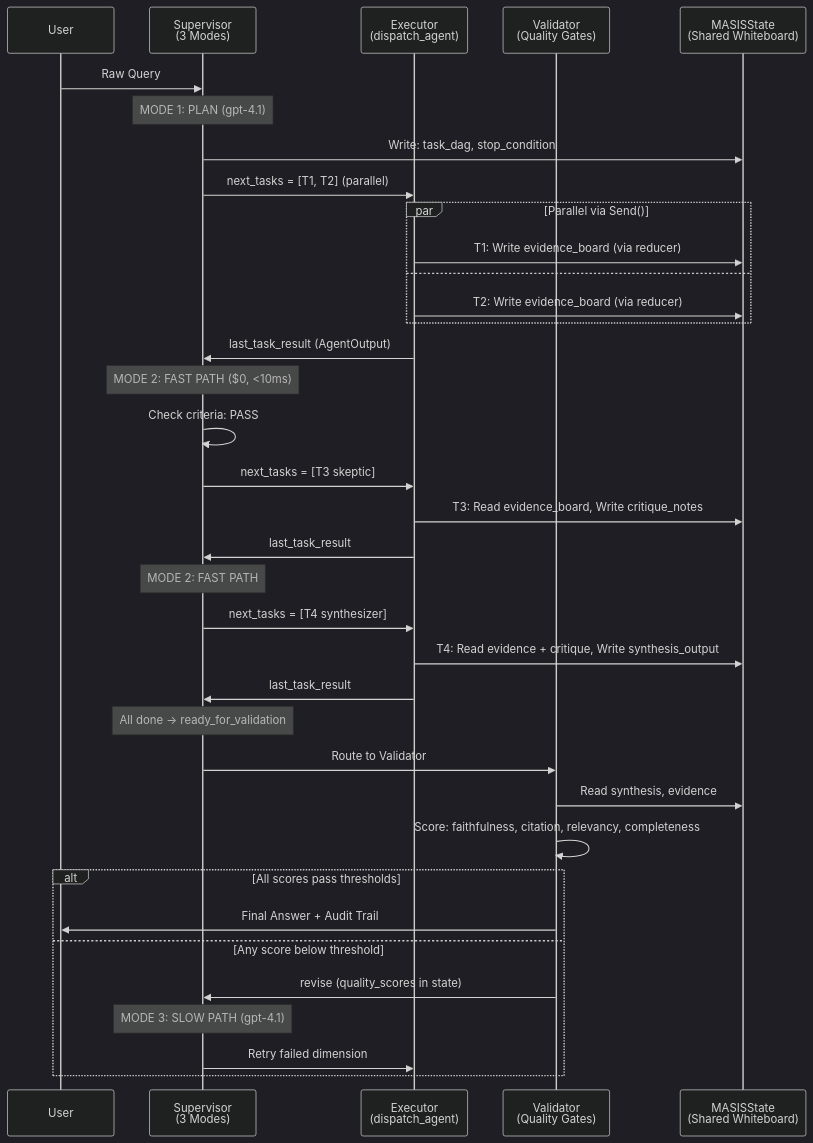
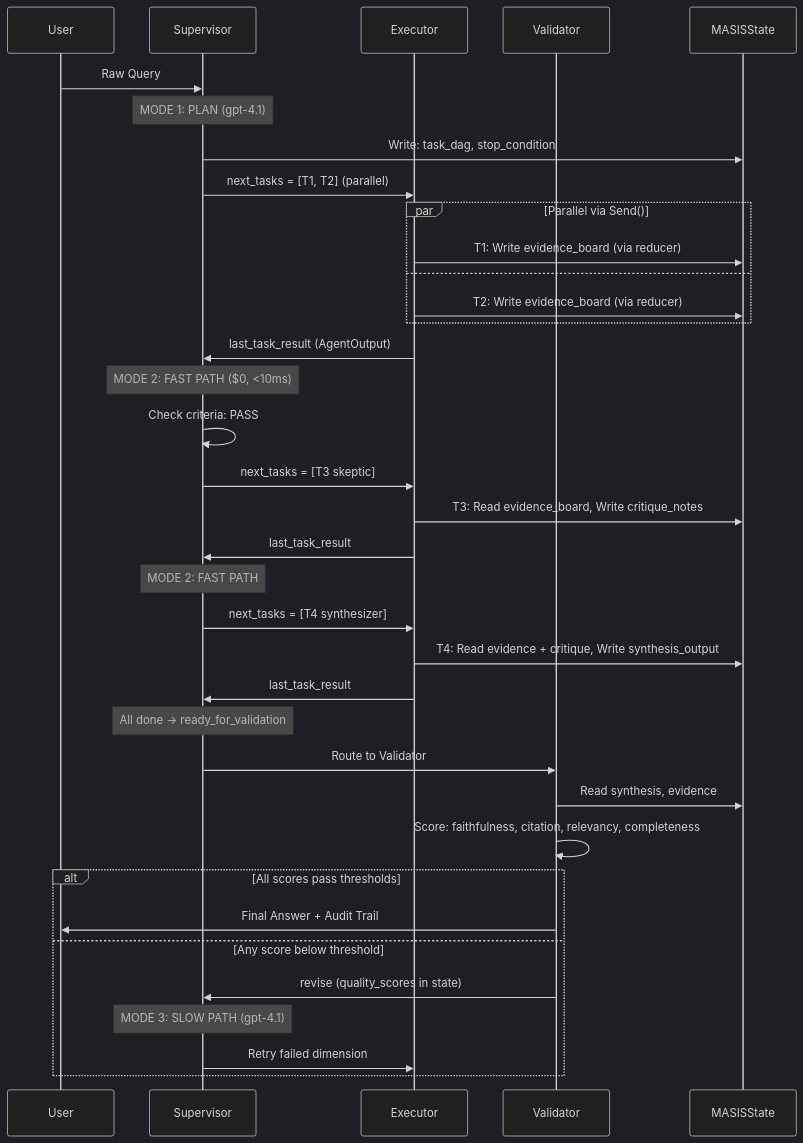
Before and after one commit to SalilBhatnagarDE/masis: the first of 2 diagrams in docs_md/02_LLD.md, drawn with Mermaid (dark theme). The commit also changed other lines of this file and 161 other files, not shown here.

````diff
--- a/docs_md/02_LLD.md
+++ b/docs_md/02_LLD.md
@@ -87,47 +82,47 @@
 ```mermaid
 sequenceDiagram
     participant U as User
-    participant SUP as Supervisor<br/>(3 Modes)
-    participant EXE as Executor<br/>(dispatch_agent)
-    participant VAL as Validator<br/>(Quality Gates)
-    participant STATE as MASISState<br/>(Shared Whiteboard)
+    participant SUP as Supervisor
+    participant EXE as Executor
+    participant VAL as Validator
+    participant STATE as MASISState
 
     U->>SUP: Raw Query
     Note over SUP: MODE 1: PLAN (gpt-4.1)
     SUP->>STATE: Write: task_dag, stop_condition
     SUP->>EXE: next_tasks = [T1, T2] (parallel)
 
     par Parallel via Send()
         EXE->>STATE: T1: Write evidence_board (via reducer)
     and
         EXE->>STATE: T2: Write evidence_board (via reducer)
     end
 
     EXE->>SUP: last_task_result (AgentOutput)
     Note over SUP: MODE 2: FAST PATH ($0, <10ms)
     SUP->>SUP: Check criteria: PASS
     SUP->>EXE: next_tasks = [T3 skeptic]
 
     EXE->>STATE: T3: Read evidence_board, Write critique_notes
     EXE->>SUP: last_task_result
 
     Note over SUP: MODE 2: FAST PATH
     SUP->>EXE: next_tasks = [T4 synthesizer]
 
     EXE->>STATE: T4: Read evidence + critique, Write synthesis_output
     EXE->>SUP: last_task_result
 
-    Note over SUP: All done -> ready_for_validation
+    Note over SUP: All done → ready_for_validation
     SUP->>VAL: Route to Validator
 
     VAL->>STATE: Read synthesis, evidence
     VAL->>VAL: Score: faithfulness, citation, relevancy, completeness
 
     alt All scores pass thresholds
         VAL->>U: Final Answer + Audit Trail
     else Any score below threshold
         VAL->>SUP: revise (quality_scores in state)
         Note over SUP: MODE 3: SLOW PATH (gpt-4.1)
         SUP->>EXE: Retry failed dimension
     end
 ```
````
